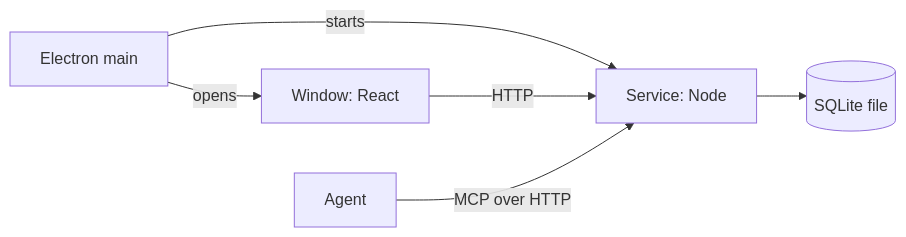
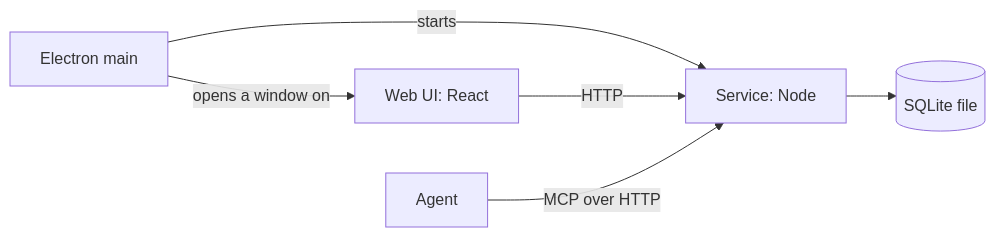
One commit to jackvincentnz/lab changed the diagram in docs/adr/day-local-service.md. Above: the diagram before and after it, drawn with Mermaid. The commit also changed other lines of this file and 19 other files, not shown here.

First line of the commit message:
feat(day): start the service from the app and serve the web UI from it (#1214)

````diff
--- a/docs/adr/day-local-service.md
+++ b/docs/adr/day-local-service.md
@@ -21,8 +21,8 @@
 ```mermaid
 flowchart LR
   main[Electron main] -- starts --> service
-  main -- opens --> window[Window: React]
-  window -- HTTP --> service[Service: Node]
+  main -- opens a window on --> web[Web UI: React]
+  web -- HTTP --> service[Service: Node]
   agent[Agent] -- MCP over HTTP --> service
   service --> db[(SQLite file)]
 ```
````
